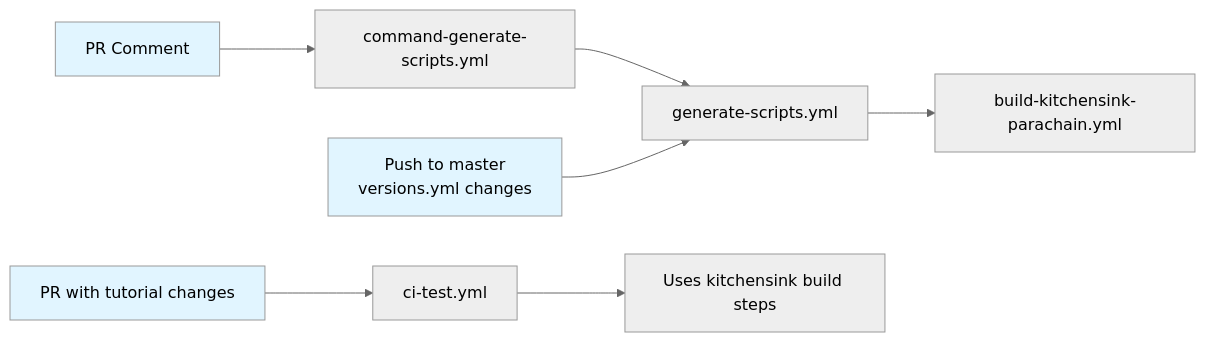
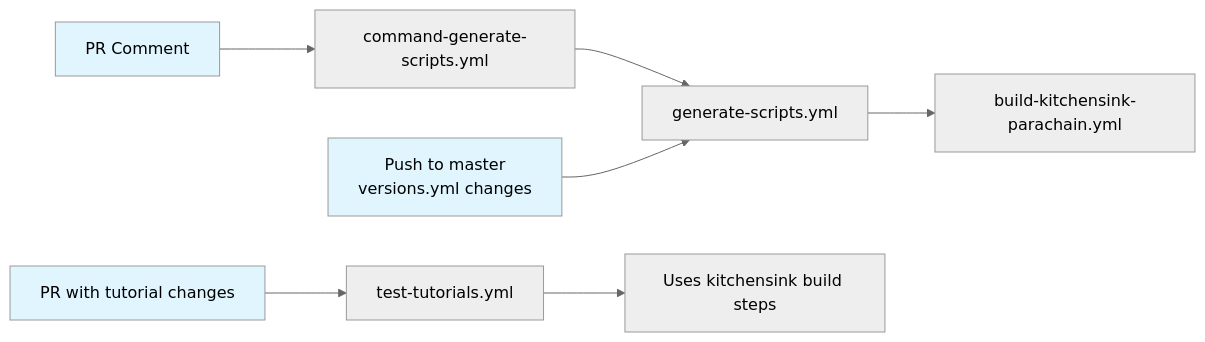
Before and after one commit to polkadot-developers/polkadot-cookbook: the third of 3 diagrams in docs/WORKFLOWS.md, drawn with Mermaid (neutral theme). The commit also changed other lines of this file and 2 other files, not shown here.

````diff
--- a/docs/WORKFLOWS.md
+++ b/docs/WORKFLOWS.md
@@ -264,15 +264,15 @@
 ```mermaid
 graph LR
     A[PR Comment] --> B[command-generate-scripts.yml]
     B --> C[generate-scripts.yml]
     C --> D[build-kitchensink-parachain.yml]
 
-    E[PR with tutorial changes] --> F[ci-test.yml]
+    E[PR with tutorial changes] --> F[test-tutorials.yml]
     F --> G[Uses kitchensink build steps]
 
     H[Push to master<br/>versions.yml changes] --> C
 
     style A fill:#e1f5ff
     style E fill:#e1f5ff
     style H fill:#e1f5ff
 ```
````
